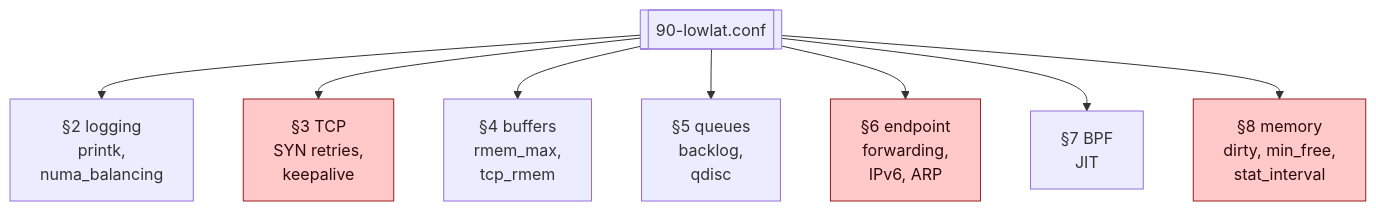
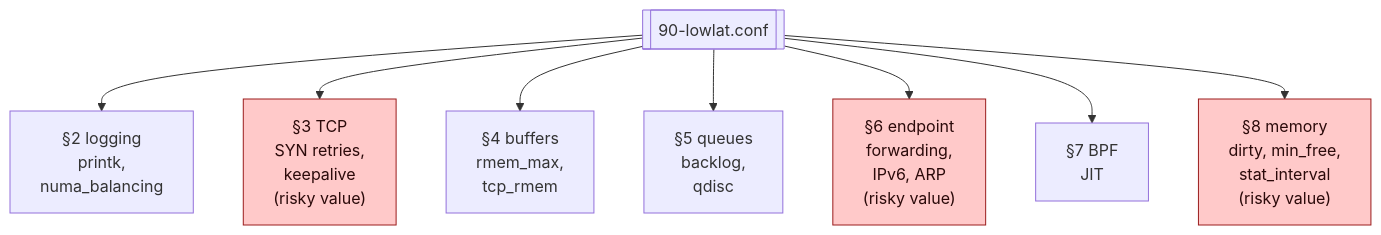
Before and after one commit to vitor-tadashi/mechanical-sympathy: the second of 4 diagrams in guides/06-kernel-sysctl-tuning.md, drawn with Mermaid. The commit also changed other lines of this file and 21 other files, not shown here.

````diff
--- a/guides/06-kernel-sysctl-tuning.md
+++ b/guides/06-kernel-sysctl-tuning.md
@@ -29,12 +29,12 @@
 ```mermaid
 flowchart TD
   f[["90-lowlat.conf"]] --> g1["§2 logging<br/>printk,<br/>numa_balancing"]
-  f --> g2["§3 TCP<br/>SYN retries,<br/>keepalive"]
+  f --> g2["§3 TCP<br/>SYN retries,<br/>keepalive<br/>(risky value)"]
   f --> g3["§4 buffers<br/>rmem_max,<br/>tcp_rmem"]
   f --> g4["§5 queues<br/>backlog,<br/>qdisc"]
-  f --> g5["§6 endpoint<br/>forwarding,<br/>IPv6, ARP"]
+  f --> g5["§6 endpoint<br/>forwarding,<br/>IPv6, ARP<br/>(risky value)"]
   f --> g6["§7 BPF<br/>JIT"]
-  f --> g7["§8 memory<br/>dirty, min_free,<br/>stat_interval"]
+  f --> g7["§8 memory<br/>dirty, min_free,<br/>stat_interval<br/>(risky value)"]
   classDef risk fill:#ffc9c9,stroke:#9b1c1c,color:#2b0a0a
   class g2,g5,g7 risk
 ```
````
